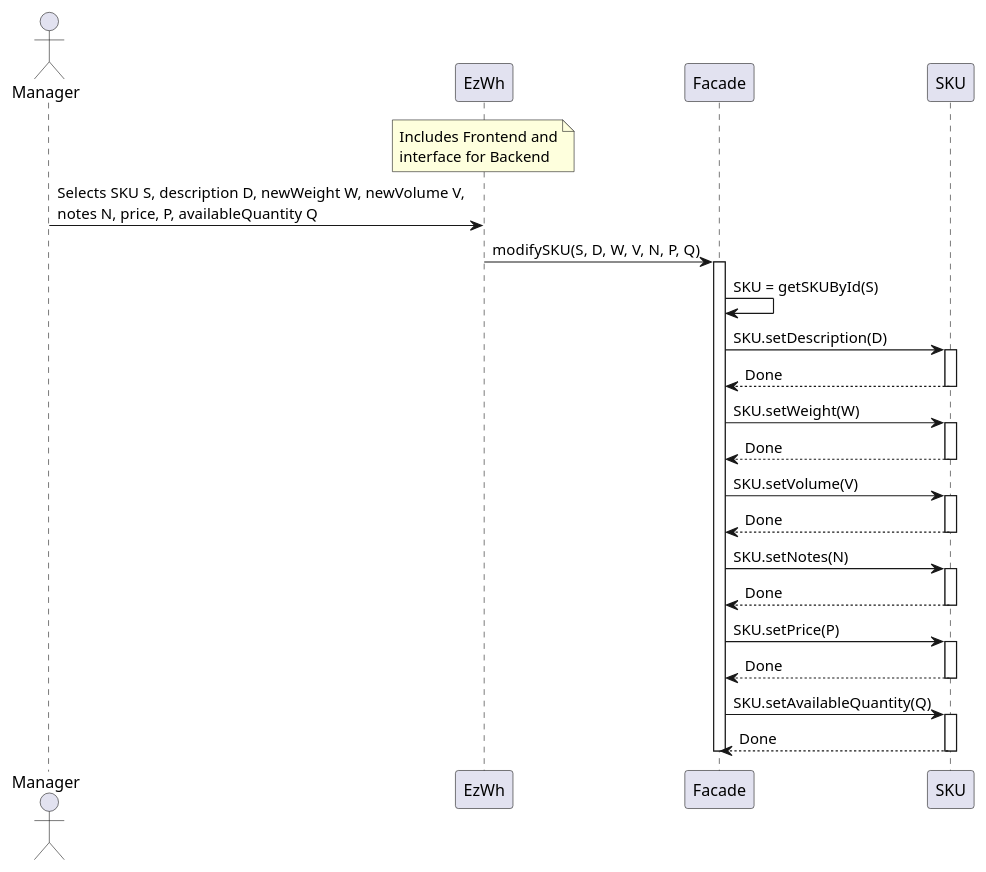
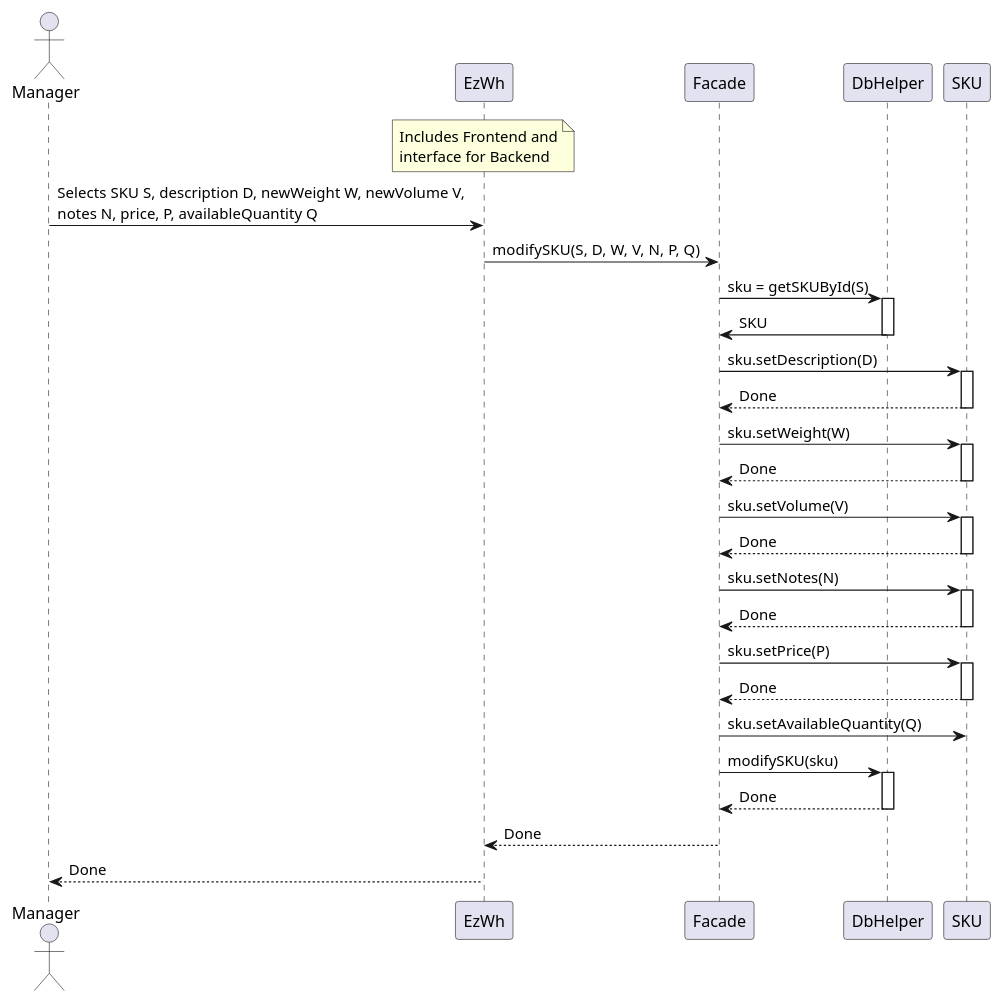
Before and after one commit to giuseppe-dandrea/EzWh: the fourth of 13 diagrams in DesignDocument.md, drawn with PlantUML. The commit also changed other lines of this file and 1 other file, not shown here.

Commit message:
Modified Scenarios 1 and 2. Renamed EzWh to EzWhFacade. Updated verification traceability matrix. Changed return value of Facade constructors to void.

````diff
--- a/DesignDocument.md
+++ b/DesignDocument.md
@@ -560,38 +566,42 @@
 ```plantuml
 actor Manager
 participant EzWh
 note over EzWh: Includes Frontend and\ninterface for Backend
 participant Facade
+participant DbHelper
 participant SKU
-
 
 Manager -> EzWh: Selects SKU S, description D, newWeight W, newVolume V,\nnotes N, price, P, availableQuantity Q
 EzWh -> Facade: modifySKU(S, D, W, V, N, P, Q)
-activate Facade
-Facade -> Facade: SKU = getSKUById(S)
-Facade -> SKU: SKU.setDescription(D)
+Facade -> DbHelper : sku = getSKUById(S)
+activate DbHelper
+DbHelper -> Facade : SKU
+deactivate DbHelper
+Facade -> SKU: sku.setDescription(D)
 activate SKU
 SKU --> Facade: Done
 deactivate SKU
-Facade -> SKU: SKU.setWeight(W)
+Facade -> SKU: sku.setWeight(W)
 activate SKU
 SKU --> Facade: Done
 deactivate SKU
-Facade -> SKU: SKU.setVolume(V)
+Facade -> SKU: sku.setVolume(V)
 activate SKU
 SKU --> Facade: Done
 deactivate SKU
-Facade -> SKU: SKU.setNotes(N)
+Facade -> SKU: sku.setNotes(N)
 activate SKU
 SKU --> Facade: Done
 deactivate SKU
-Facade -> SKU: SKU.setPrice(P)
+Facade -> SKU: sku.setPrice(P)
 activate SKU
 SKU --> Facade: Done
 deactivate SKU
-Facade -> SKU: SKU.setAvailableQuantity(Q)
-activate SKU
-SKU --> Facade: Done
-deactivate SKU
-deactivate Facade
+Facade -> SKU: sku.setAvailableQuantity(Q)
+Facade -> DbHelper : modifySKU(sku)
+activate DbHelper
+DbHelper --> Facade : Done
+deactivate DbHelper
+Facade --> EzWh : Done
+EzWh --> Manager : Done
 ```
````
